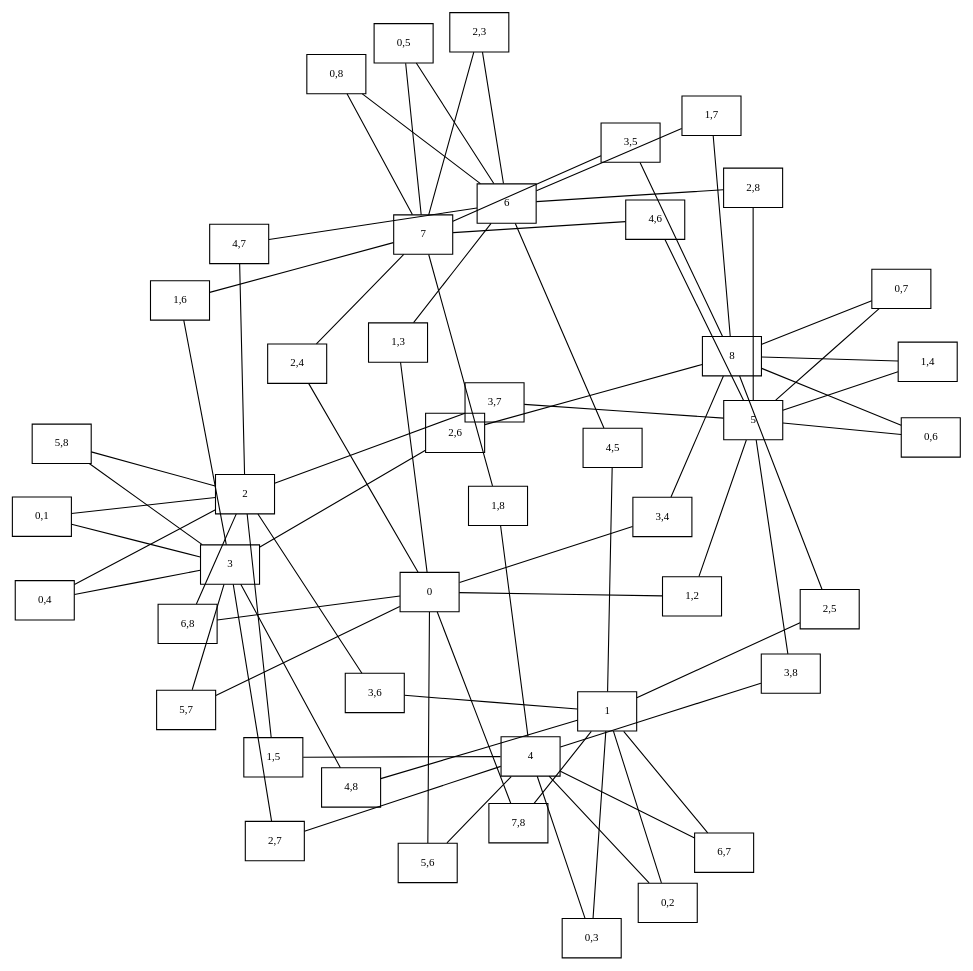
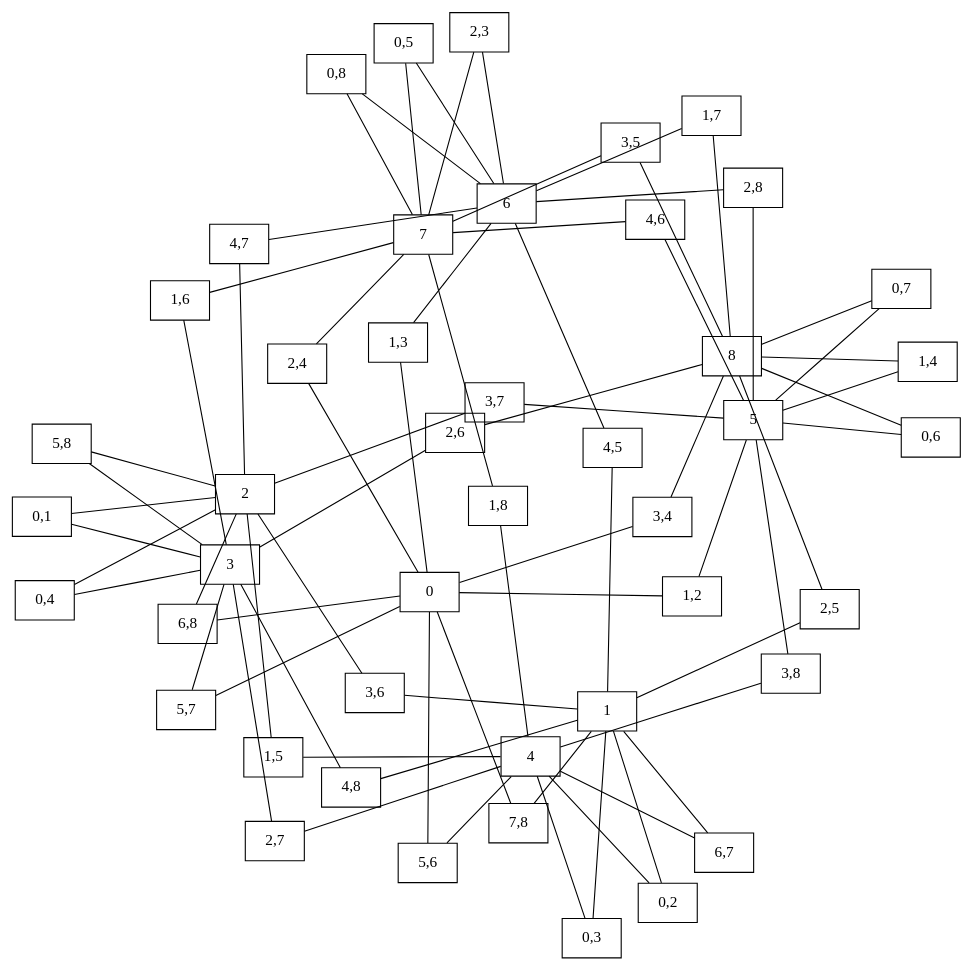
Before and after one commit to rd--/hmt: the diagram in data/dot/tj/oh/tj_oh_p205.dot, drawn with Graphviz. The commit also changed 34 other files, not shown here.

```diff
--- a/data/dot/tj/oh/tj_oh_p205.dot
+++ b/data/dot/tj/oh/tj_oh_p205.dot
@@ -1,123 +1,123 @@
 graph
  g {
-edge [len=2.25];
-graph [splines=false,layout=neato,epsilon=0.000001];
-node [shape=box,fontsize=10,fontname="century schoolbook"];
-0 [label="0"];
+edge [len=2.25]
+graph [splines=false,layout=neato,epsilon=0.000001,fontsize=10,fontname="century schoolbook"]
+node [shape=box]
+0 [label=0];
 1 [label="1,2"];
 2 [label="1,3"];
 3 [label="2,4"];
 4 [label="3,4"];
 5 [label="5,6"];
 6 [label="5,7"];
 7 [label="6,8"];
 8 [label="7,8"];
-9 [label="1"];
+9 [label=1];
 10 [label="0,2"];
 11 [label="0,3"];
 12 [label="2,5"];
 13 [label="3,6"];
 14 [label="4,5"];
 15 [label="4,8"];
 16 [label="6,7"];
-17 [label="2"];
+17 [label=2];
 18 [label="0,1"];
 19 [label="0,4"];
 20 [label="1,5"];
 21 [label="3,7"];
 22 [label="4,7"];
 23 [label="5,8"];
-24 [label="3"];
+24 [label=3];
 25 [label="1,6"];
 26 [label="2,6"];
 27 [label="2,7"];
-28 [label="4"];
+28 [label=4];
 29 [label="1,8"];
 30 [label="3,8"];
-31 [label="5"];
+31 [label=5];
 32 [label="0,6"];
 33 [label="0,7"];
 34 [label="1,4"];
 35 [label="2,8"];
 36 [label="4,6"];
-37 [label="6"];
+37 [label=6];
 38 [label="0,5"];
 39 [label="0,8"];
 40 [label="1,7"];
 41 [label="2,3"];
-42 [label="7"];
+42 [label=7];
 43 [label="3,5"];
-44 [label="8"];
+44 [label=8];
 0 -- 1;
 0 -- 2;
 0 -- 3;
 0 -- 4;
 0 -- 5;
 0 -- 6;
 0 -- 7;
 0 -- 8;
 9 -- 8;
 9 -- 10;
 9 -- 11;
 9 -- 12;
 9 -- 13;
 9 -- 14;
 9 -- 15;
 9 -- 16;
 17 -- 7;
 17 -- 13;
 17 -- 18;
 17 -- 19;
 17 -- 20;
 17 -- 21;
 17 -- 22;
 17 -- 23;
 24 -- 6;
 24 -- 15;
 24 -- 18;
 24 -- 19;
 24 -- 23;
 24 -- 25;
 24 -- 26;
 24 -- 27;
 28 -- 5;
 28 -- 10;
 28 -- 11;
 28 -- 16;
 28 -- 20;
 28 -- 27;
 28 -- 29;
 28 -- 30;
 31 -- 1;
 31 -- 21;
 31 -- 30;
 31 -- 32;
 31 -- 33;
 31 -- 34;
 31 -- 35;
 31 -- 36;
 37 -- 2;
 37 -- 14;
 37 -- 22;
 37 -- 35;
 37 -- 38;
 37 -- 39;
 37 -- 40;
 37 -- 41;
 42 -- 3;
 42 -- 25;
 42 -- 29;
 42 -- 36;
 42 -- 38;
 42 -- 39;
 42 -- 41;
 42 -- 43;
 44 -- 4;
 44 -- 12;
 44 -- 26;
 44 -- 32;
 44 -- 33;
 44 -- 34;
 44 -- 40;
 44 -- 43;
 }
```
